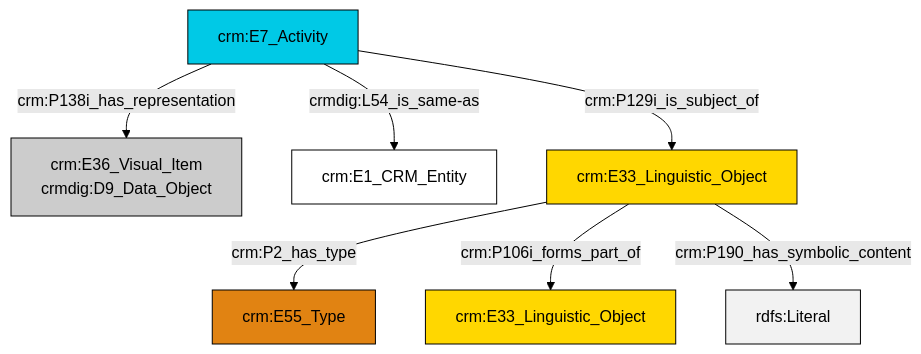
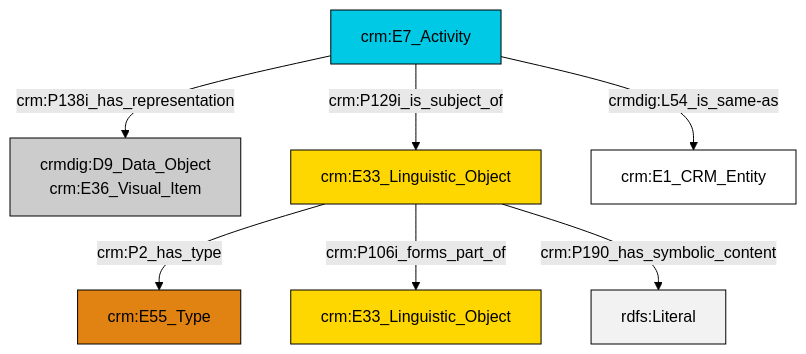
Before and after one commit to swiss-art-research-net/reference-data-models: the diagram in et/eventCSV/ttl/mmd/event_documentation.ttl.mmd, drawn with Mermaid (forest theme). The commit also changed 126 other files, not shown here.

```diff
--- a/et/eventCSV/ttl/mmd/event_documentation.ttl.mmd
+++ b/et/eventCSV/ttl/mmd/event_documentation.ttl.mmd
@@ -1,21 +1,21 @@
 graph TD
 classDef Literal fill:#f2f2f2,stroke:#000000;
 classDef CRM_Entity fill:#FFFFFF,stroke:#000000;
 classDef Temporal_Entity fill:#00C9E6, stroke:#000000;
 classDef Type fill:#E18312, stroke:#000000;
 classDef Time-Span fill:#2C9C91, stroke:#000000;
 classDef Appellation fill:#FFEB7F, stroke:#000000;
 classDef Place fill:#008836, stroke:#000000;
 classDef Persistent_Item fill:#B266B2, stroke:#000000;
 classDef Conceptual_Object fill:#FFD700, stroke:#000000;
 classDef Physical_Thing fill:#D2B48C, stroke:#000000;
 classDef Actor fill:#f58aad, stroke:#000000;
 classDef PC_Classes fill:#4ce600, stroke:#000000;
 classDef Multi fill:#cccccc,stroke:#000000;
 
-2["crm:E7_Activity"]:::Temporal_Entity -->|crmdig:L54_is_same-as| 3["crm:E1_CRM_Entity"]:::CRM_Entity
-2["crm:E7_Activity"]:::Temporal_Entity -->|crm:P138i_has_representation| 0["crm:E36_Visual_Item<br>crmdig:D9_Data_Object"]:::Multi
-5["crm:E33_Linguistic_Object"]:::Conceptual_Object -->|crm:P2_has_type| 6["crm:E55_Type"]:::Type
-2["crm:E7_Activity"]:::Temporal_Entity -->|crm:P129i_is_subject_of| 5["crm:E33_Linguistic_Object"]:::Conceptual_Object
-5["crm:E33_Linguistic_Object"]:::Conceptual_Object -->|crm:P106i_forms_part_of| 7["crm:E33_Linguistic_Object"]:::Conceptual_Object
-5["crm:E33_Linguistic_Object"]:::Conceptual_Object -->|crm:P190_has_symbolic_content| 11[rdfs:Literal]:::Literal
+2["crm:E7_Activity"]:::Temporal_Entity -->|crm:P138i_has_representation| 0["crmdig:D9_Data_Object<br>crm:E36_Visual_Item"]:::Multi
+8["crm:E33_Linguistic_Object"]:::Conceptual_Object -->|crm:P2_has_type| 4["crm:E55_Type"]:::Type
+2["crm:E7_Activity"]:::Temporal_Entity -->|crmdig:L54_is_same-as| 9["crm:E1_CRM_Entity"]:::CRM_Entity
+2["crm:E7_Activity"]:::Temporal_Entity -->|crm:P129i_is_subject_of| 8["crm:E33_Linguistic_Object"]:::Conceptual_Object
+8["crm:E33_Linguistic_Object"]:::Conceptual_Object -->|crm:P106i_forms_part_of| 6["crm:E33_Linguistic_Object"]:::Conceptual_Object
+8["crm:E33_Linguistic_Object"]:::Conceptual_Object -->|crm:P190_has_symbolic_content| 12[rdfs:Literal]:::Literal
```
